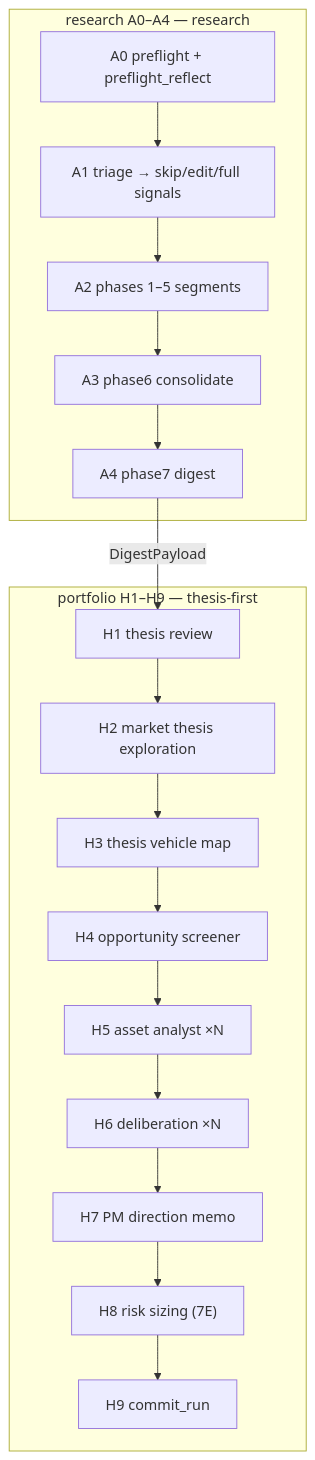
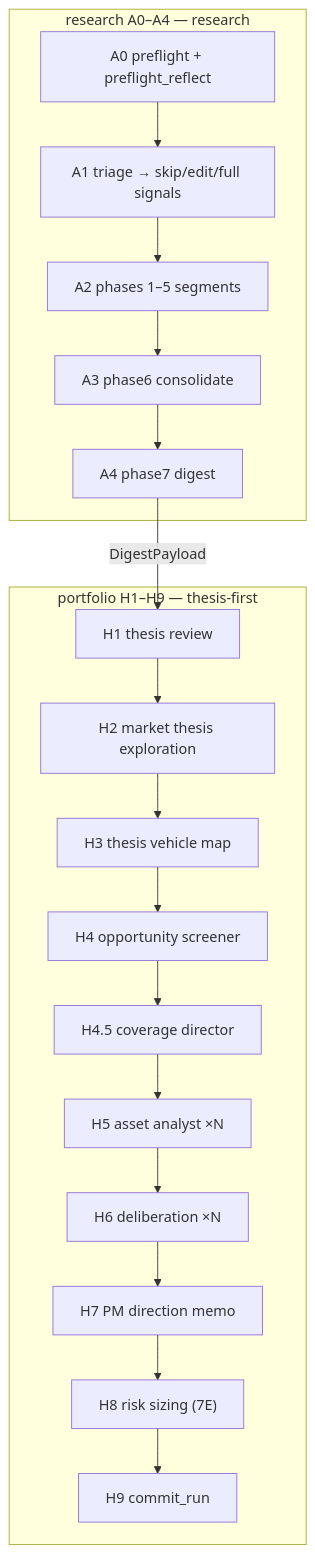
Before and after one commit to digithings-ai/digithings: the second of 3 diagrams in digiquant/ARCHITECTURE.md, drawn with Mermaid. The commit also changed other lines of this file and 6 other files, not shown here.

Commit message:
feat(digiquant): H4.5 coverage director + DIGIQUANT_MAX_ANALYSTS purge (#3739)

````diff
--- a/digiquant/ARCHITECTURE.md
+++ b/digiquant/ARCHITECTURE.md
@@ -1960,26 +1964,27 @@
 ```mermaid
 flowchart TB
   subgraph research["research A0–A4 — research"]
     A0["A0 preflight + preflight_reflect"]
     A1["A1 triage → skip/edit/full signals"]
     A2["A2 phases 1–5 segments"]
     A3["A3 phase6 consolidate"]
     A4["A4 phase7 digest"]
     A0 --> A1 --> A2 --> A3 --> A4
   end
 
   subgraph portfolio["portfolio H1–H9 — thesis-first"]
     H1["H1 thesis review"]
     H2["H2 market thesis exploration"]
     H3["H3 thesis vehicle map"]
     H4["H4 opportunity screener"]
+    H45["H4.5 coverage director"]
     H5["H5 asset analyst ×N"]
     H6["H6 deliberation ×N"]
     H7["H7 PM direction memo"]
     H8["H8 risk sizing (7E)"]
     H9["H9 commit_run"]
-    H1 --> H2 --> H3 --> H4 --> H5 --> H6 --> H7 --> H8 --> H9
+    H1 --> H2 --> H3 --> H4 --> H45 --> H5 --> H6 --> H7 --> H8 --> H9
   end
 
   A4 -->|"DigestPayload"| H1
 ```
````
